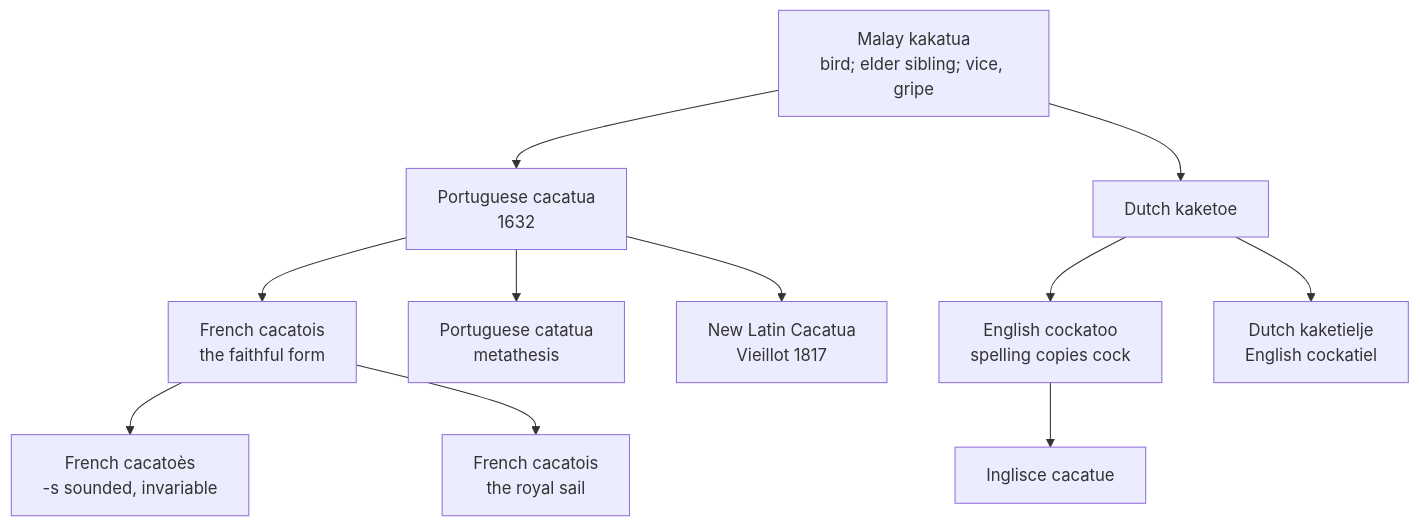
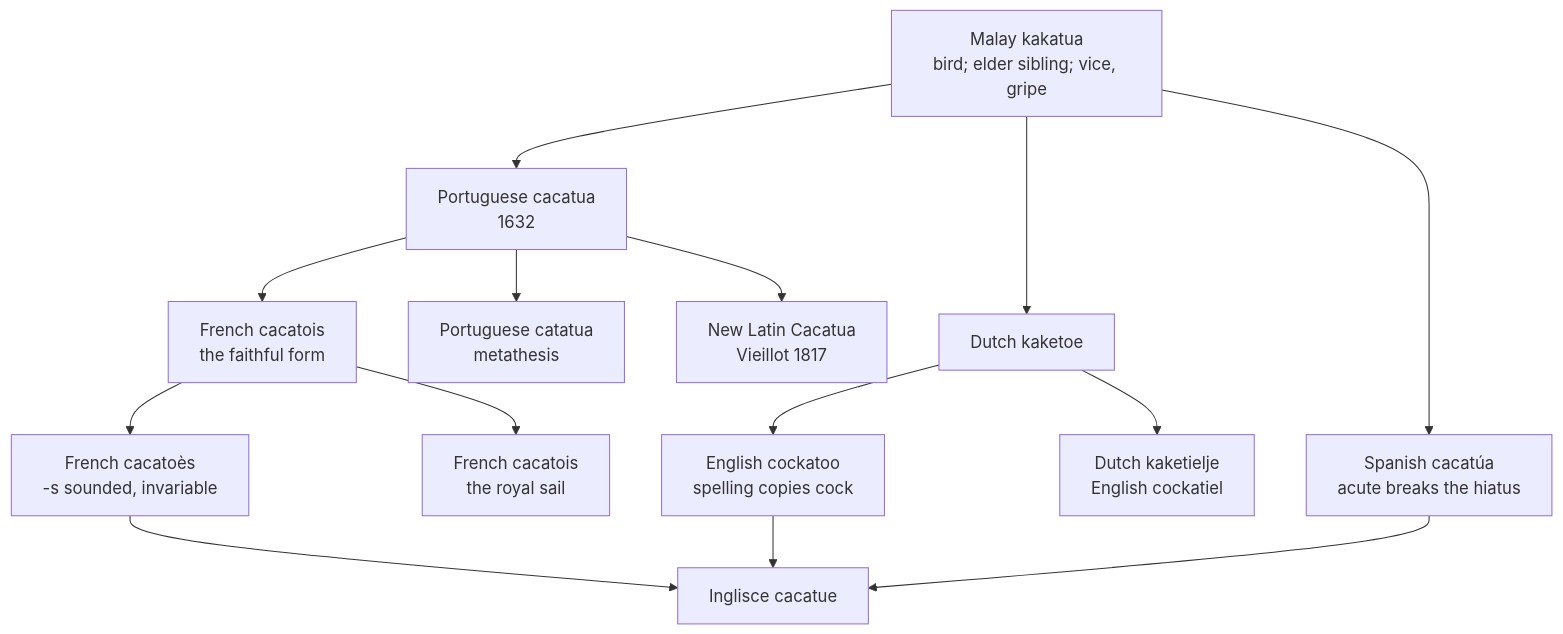
The diagram in data-text/inglisce/etymology/comparisons/c/cockatoo.md (dionys93/ety-dictionary), drawn with Mermaid before and after one commit. The commit also changed other lines of this file, not shown here.

````diff
--- a/data-text/inglisce/etymology/comparisons/c/cockatoo.md
+++ b/data-text/inglisce/etymology/comparisons/c/cockatoo.md
@@ -83,27 +85,31 @@
 ```mermaid
 flowchart TD
     MAL["Malay kakatua<br/>bird; elder sibling; vice, gripe"]
     POR["Portuguese cacatua<br/>1632"]
     DUT["Dutch kaketoe"]
 
     FRO["French cacatois<br/>the faithful form"]
     FRB["French cacatoès<br/>-s sounded, invariable"]
     FRS["French cacatois<br/>the royal sail"]
     PT2["Portuguese catatua<br/>metathesis"]
+    SPA["Spanish cacatúa<br/>acute breaks the hiatus"]
 
     ENG["English cockatoo<br/>spelling copies cock"]
     TIEL["Dutch kaketielje<br/>English cockatiel"]
     NL["New Latin Cacatua<br/>Vieillot 1817"]
     ING["Inglisce cacatue"]
 
     MAL --> POR
     MAL --> DUT
+    MAL --> SPA
     POR --> FRO
     FRO --> FRB
     FRO --> FRS
     POR --> PT2
     POR --> NL
     DUT --> ENG
     DUT --> TIEL
     ENG --> ING
+    SPA --> ING
+    FRB --> ING
 ```
````
